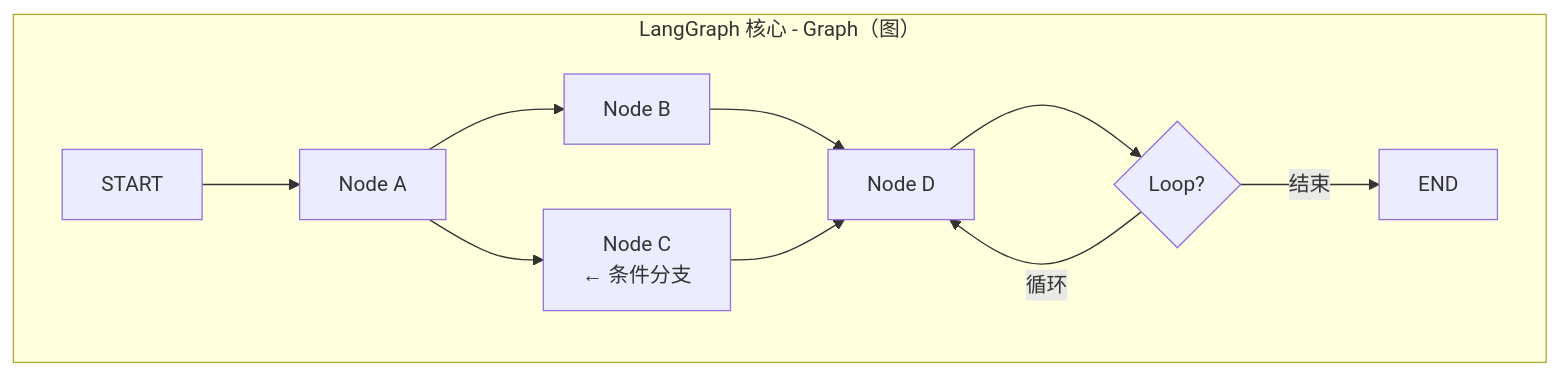
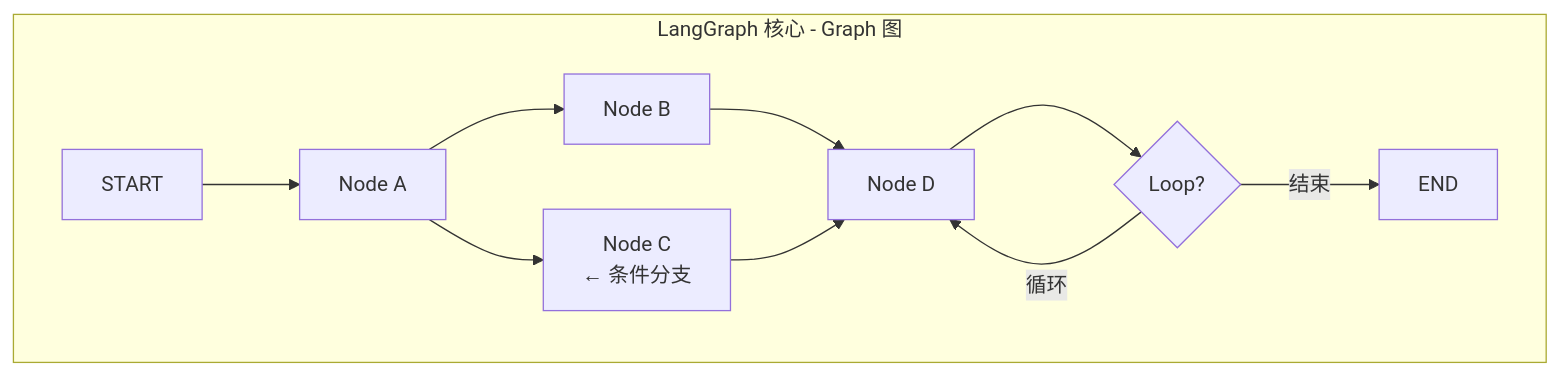
One commit to jpixy/jpixy.github.io changed the third of 8 diagrams in content/articles/ai/ai-08-LangGraph详解.md. Above: the diagram before and after it, drawn with Mermaid. The commit also changed other lines of this file and 66 other files, not shown here.

Commit message:
fix: resolve Mermaid syntax errors by removing parentheses in node labels

````diff
--- a/content/articles/ai/ai-08-LangGraph详解.md
+++ b/content/articles/ai/ai-08-LangGraph详解.md
@@ -98,13 +98,13 @@
 ```mermaid
 graph TB
-    subgraph LangGraphCore["LangGraph 核心 - Graph（图）"]
+    subgraph LangGraphCore["LangGraph 核心 - Graph 图"]
         START[START] --> A[Node A]
         A --> B[Node B]
         A --> C["Node C<br/>← 条件分支"]
         B --> D[Node D]
         C --> D
         D --> E{Loop?}
         E -->|循环| D
         E -->|结束| END[END]
     end
 ```
````
